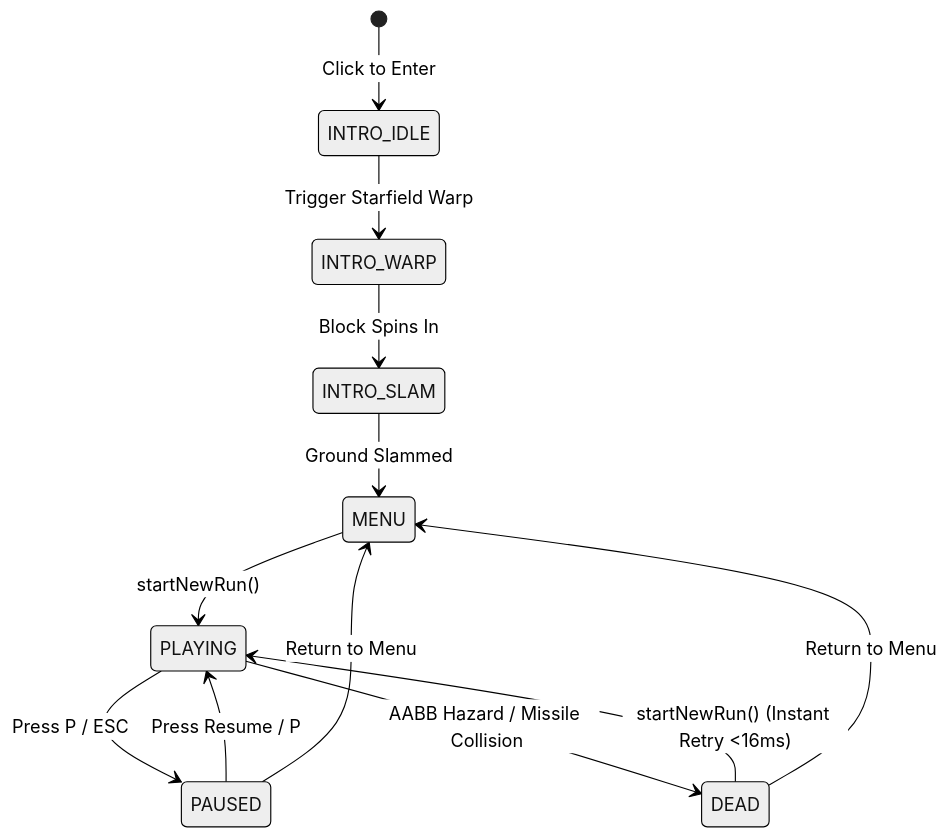
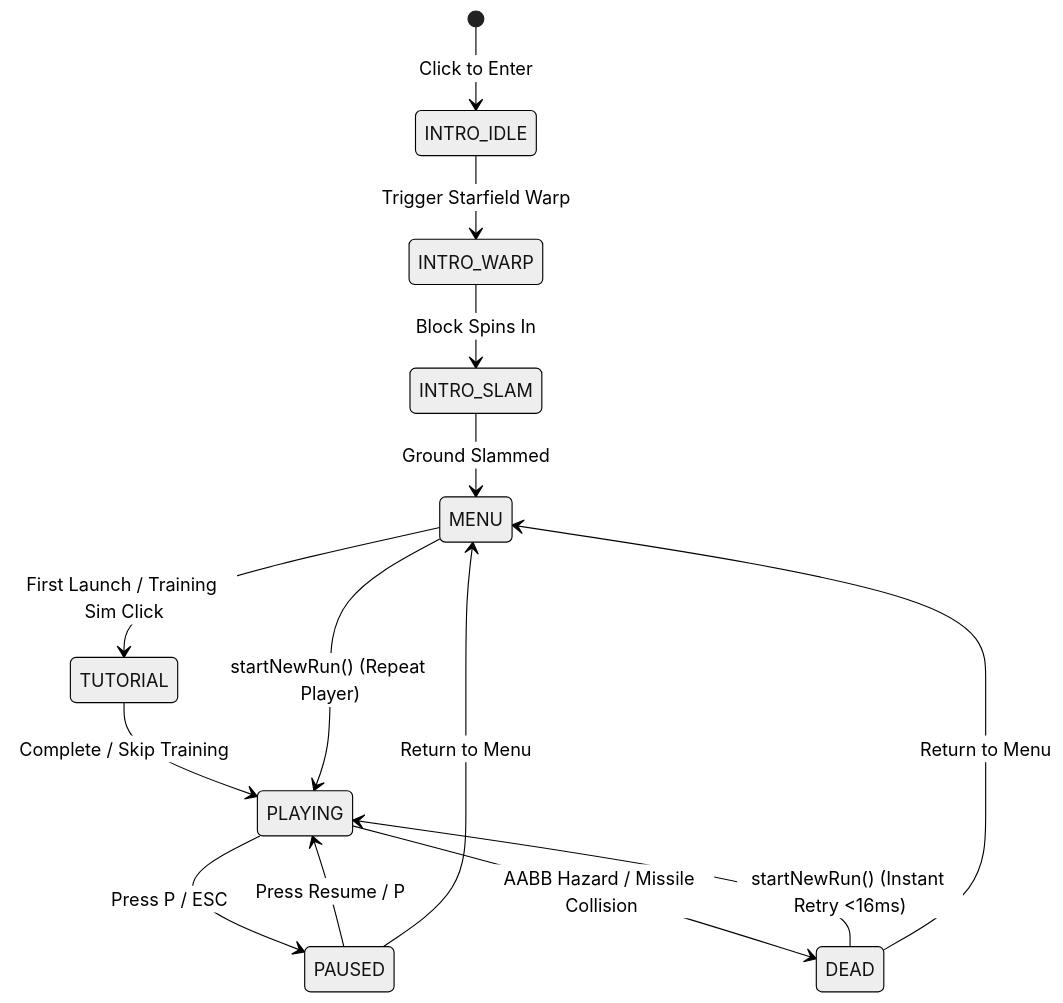
Before and after one commit to rajkiranmishra/Block-Dash: the second of 4 diagrams in ARCHITECTURE.md, drawn with Mermaid (neutral theme). The commit also changed other lines of this file and 10 other files, not shown here.

Commit message:
feat: complete local storage persistence and 3D interactive training simulation

````diff
--- a/ARCHITECTURE.md
+++ b/ARCHITECTURE.md
@@ -61,14 +56,16 @@
 ```mermaid
 stateDiagram-v2
     [*] --> INTRO_IDLE: Click to Enter
     INTRO_IDLE --> INTRO_WARP: Trigger Starfield Warp
     INTRO_WARP --> INTRO_SLAM: Block Spins In
     INTRO_SLAM --> MENU: Ground Slammed
-    MENU --> PLAYING: startNewRun()
+    MENU --> TUTORIAL: First Launch / Training Sim Click
+    TUTORIAL --> PLAYING: Complete / Skip Training
+    MENU --> PLAYING: startNewRun() (Repeat Player)
     PLAYING --> PAUSED: Press P / ESC
     PAUSED --> PLAYING: Press Resume / P
     PAUSED --> MENU: Return to Menu
     PLAYING --> DEAD: AABB Hazard / Missile Collision
     DEAD --> PLAYING: startNewRun() (Instant Retry <16ms)
     DEAD --> MENU: Return to Menu
 ```
````
